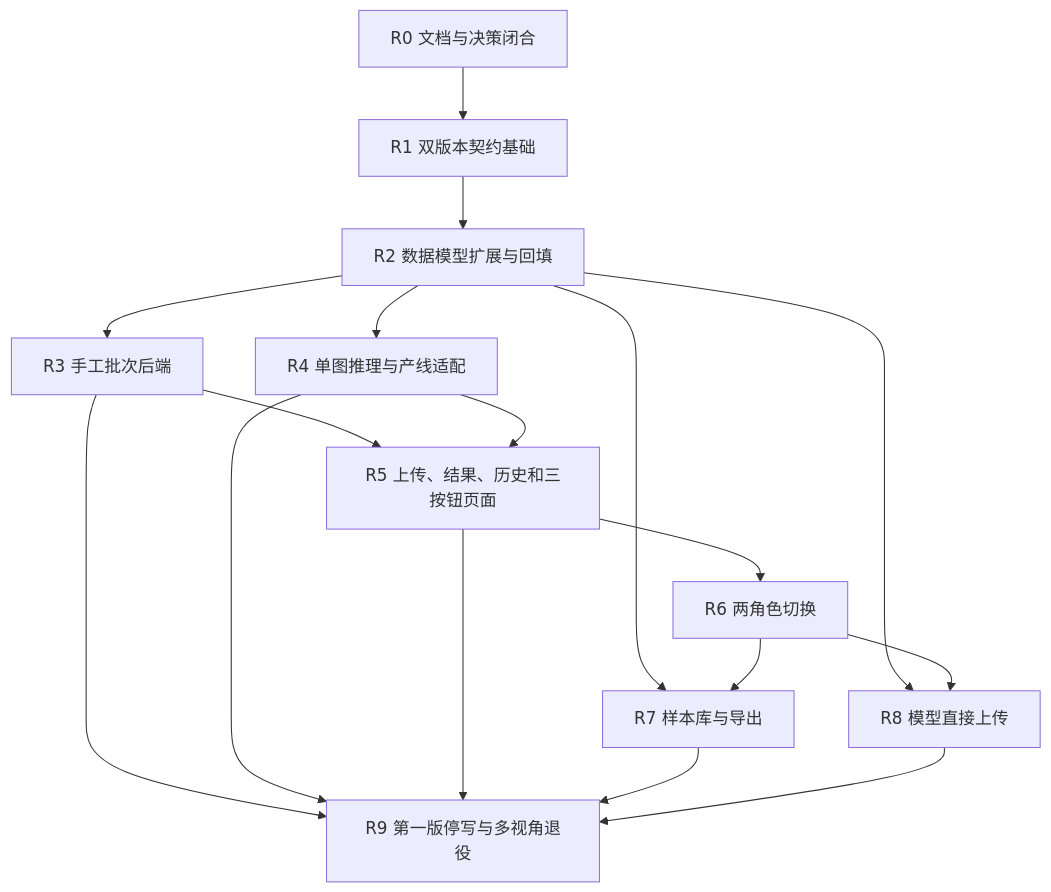
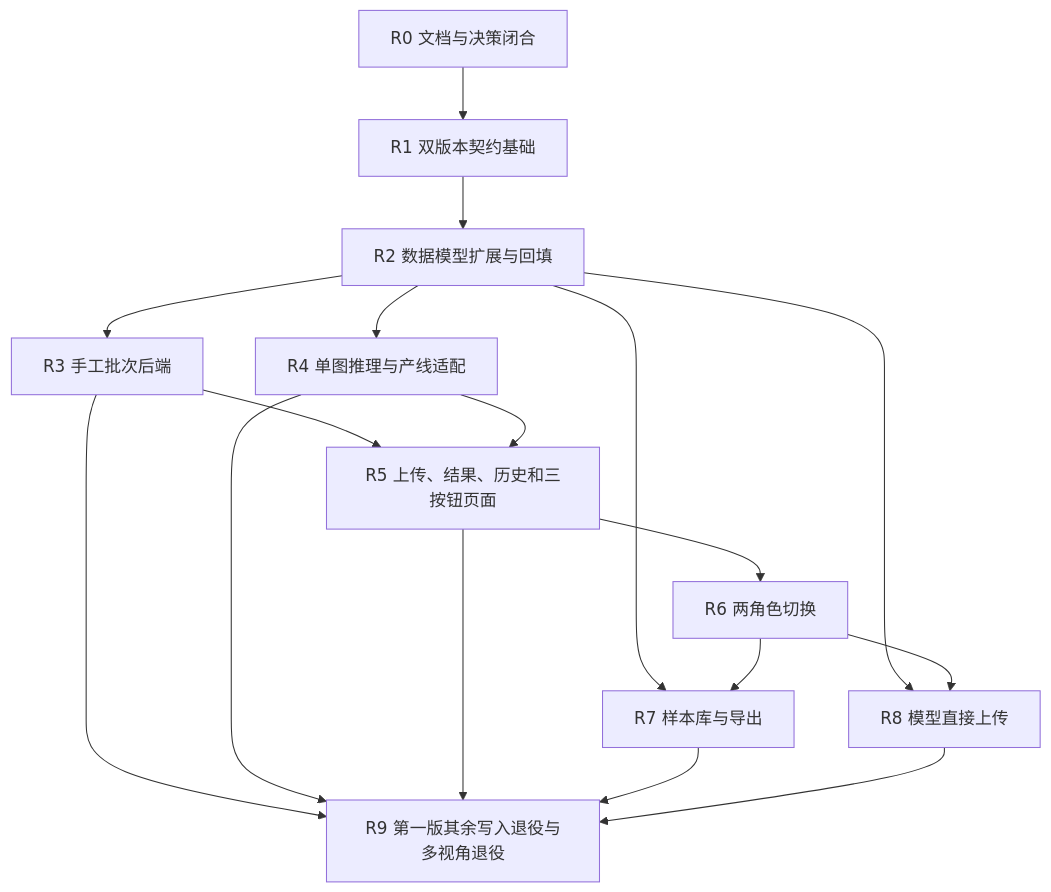
Before and after one commit to wxyii/tool-defect-project: the diagram in docs/17-手工批量检测整改实施计划.md, drawn with Mermaid. The commit also changed other lines of this file and 25 other files, not shown here.

````diff
--- a/docs/17-手工批量检测整改实施计划.md
+++ b/docs/17-手工批量检测整改实施计划.md
@@ -68,19 +73,19 @@
 ```mermaid
 flowchart TD
     R0["R0 文档与决策闭合"] --> R1["R1 双版本契约基础"]
     R1 --> R2["R2 数据模型扩展与回填"]
     R2 --> R3["R3 手工批次后端"]
     R2 --> R4["R4 单图推理与产线适配"]
     R3 --> R5["R5 上传、结果、历史和三按钮页面"]
     R4 --> R5
     R2 --> R7["R7 样本库与导出"]
     R2 --> R8["R8 模型直接上传"]
     R5 --> R6["R6 两角色切换"]
     R6 --> R7
     R6 --> R8
-    R3 --> R9["R9 第一版停写与多视角退役"]
+    R3 --> R9["R9 第一版其余写入退役与多视角退役"]
     R4 --> R9
     R5 --> R9
     R7 --> R9
     R8 --> R9
 ```
````
